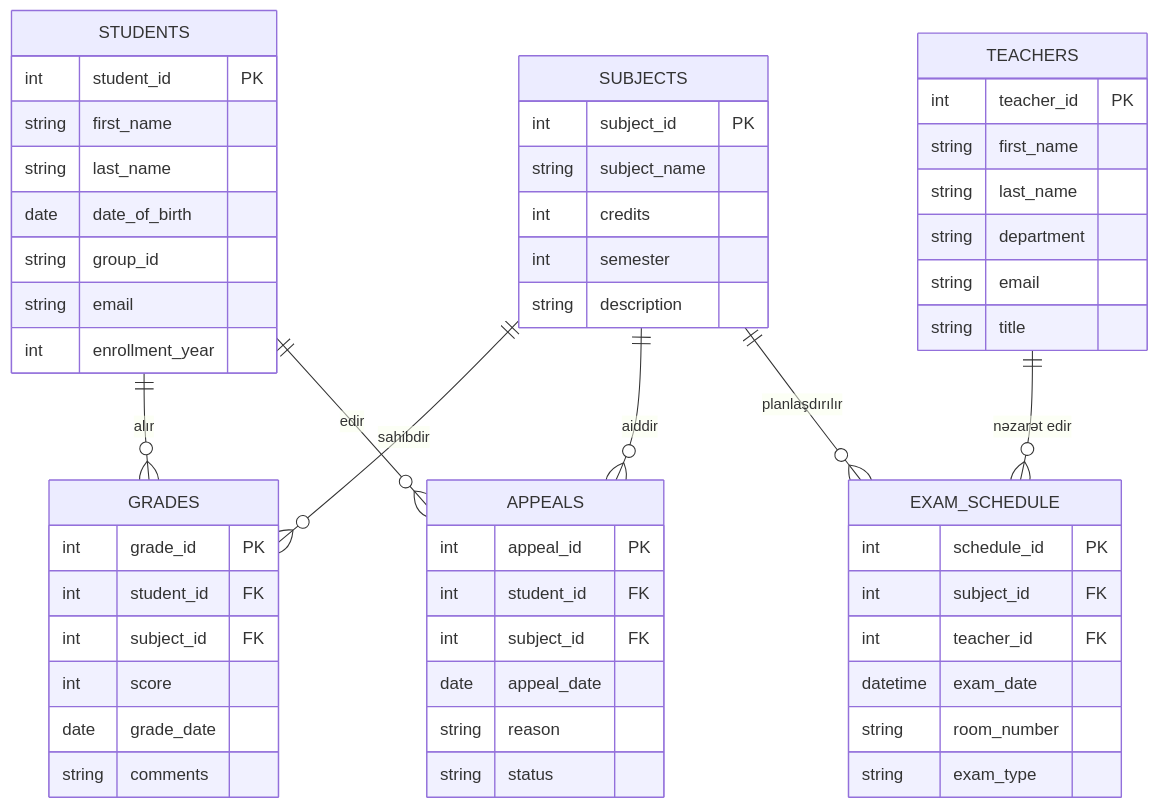
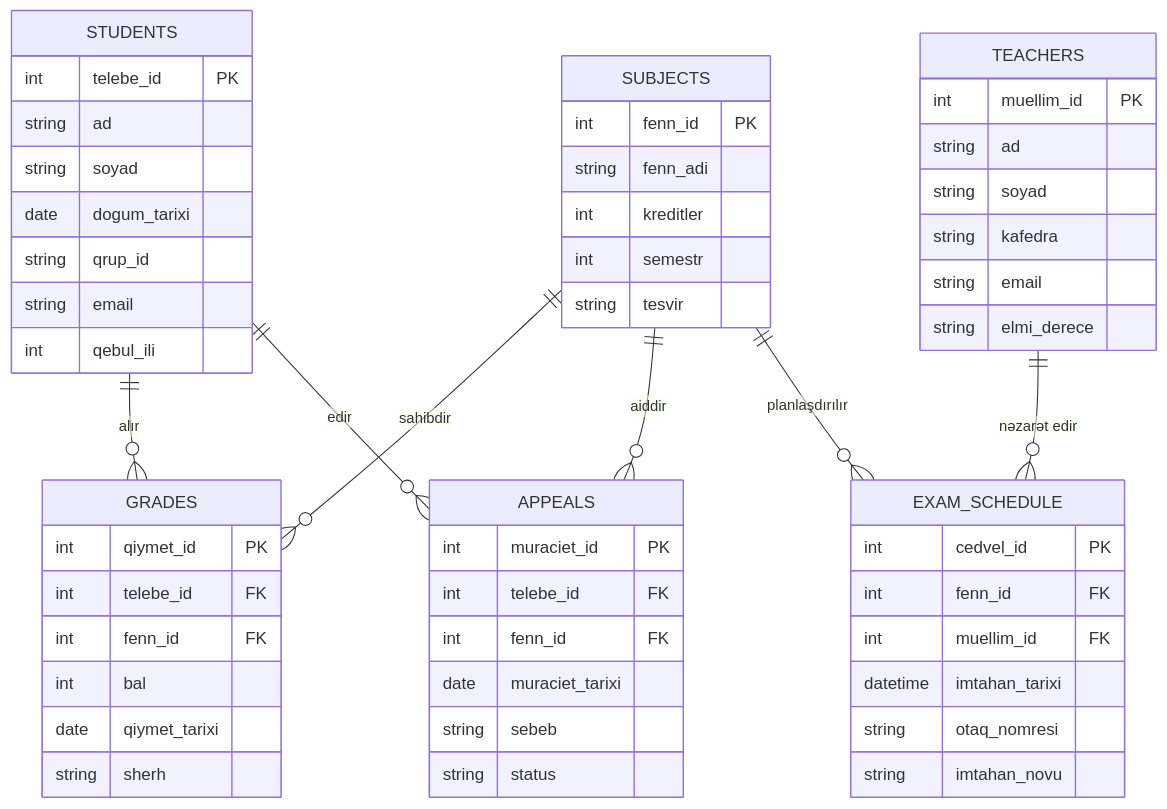
Before and after one commit to nicefaa6waa/dean_office_sql: the first of 3 diagrams in README.md, drawn with Mermaid. The commit also changed other lines of this file and 14 other files, not shown here.

````diff
--- a/README.md
+++ b/README.md
@@ -62,58 +62,58 @@
 ```mermaid
 erDiagram
     STUDENTS {
-        int student_id PK
-        string first_name
-        string last_name
-        date date_of_birth
-        string group_id
+        int telebe_id PK
+        string ad
+        string soyad
+        date dogum_tarixi
+        string qrup_id
         string email
-        int enrollment_year
+        int qebul_ili
     }
     TEACHERS {
-        int teacher_id PK
-        string first_name
-        string last_name
-        string department
+        int muellim_id PK
+        string ad
+        string soyad
+        string kafedra
         string email
-        string title
+        string elmi_derece
     }
     SUBJECTS {
-        int subject_id PK
-        string subject_name
-        int credits
-        int semester
-        string description
+        int fenn_id PK
+        string fenn_adi
+        int kreditler
+        int semestr
+        string tesvir
     }
     EXAM_SCHEDULE {
-        int schedule_id PK
-        int subject_id FK
-        int teacher_id FK
-        datetime exam_date
-        string room_number
-        string exam_type
+        int cedvel_id PK
+        int fenn_id FK
+        int muellim_id FK
+        datetime imtahan_tarixi
+        string otaq_nomresi
+        string imtahan_novu
     }
     GRADES {
-        int grade_id PK
-        int student_id FK
-        int subject_id FK
-        int score
-        date grade_date
-        string comments
+        int qiymet_id PK
+        int telebe_id FK
+        int fenn_id FK
+        int bal
+        date qiymet_tarixi
+        string sherh
     }
     APPEALS {
-        int appeal_id PK
-        int student_id FK
-        int subject_id FK
-        date appeal_date
-        string reason
+        int muraciet_id PK
+        int telebe_id FK
+        int fenn_id FK
+        date muraciet_tarixi
+        string sebeb
         string status
     }
 
     STUDENTS ||--o{ GRADES : "alır"
     SUBJECTS ||--o{ GRADES : "sahibdir"
     STUDENTS ||--o{ APPEALS : "edir"
     SUBJECTS ||--o{ APPEALS : "aiddir"
     TEACHERS ||--o{ EXAM_SCHEDULE : "nəzarət edir"
     SUBJECTS ||--o{ EXAM_SCHEDULE : "planlaşdırılır"
 ```
````
